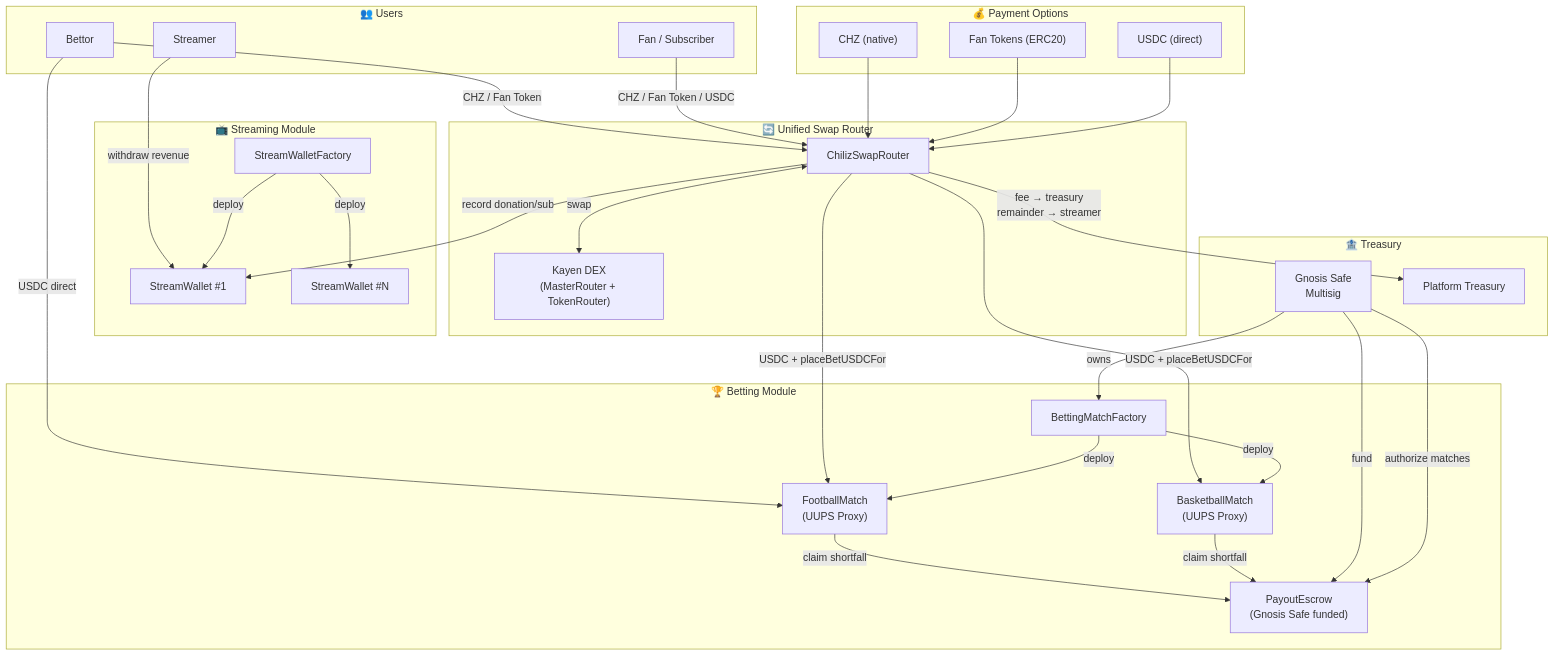
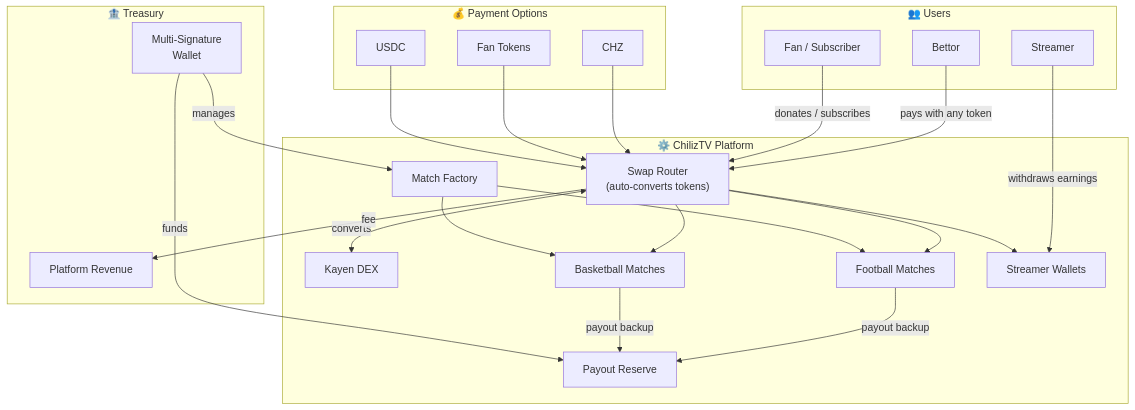
The third of 3 diagrams in FUNCTIONAL_DOCUMENTATION.md (ChilizTV/smart-contracts), drawn with Mermaid before and after one commit. The commit also changed other lines of this file and 2 other files, not shown here.

````diff
--- a/FUNCTIONAL_DOCUMENTATION.md
+++ b/FUNCTIONAL_DOCUMENTATION.md
@@ -401,65 +223,52 @@
 ```mermaid
 flowchart TB
     subgraph Users["👥 Users"]
         Bettor["Bettor"]
         Fan["Fan / Subscriber"]
         Streamer["Streamer"]
     end
 
     subgraph Tokens["💰 Payment Options"]
-        CHZ["CHZ (native)"]
-        FanToken["Fan Tokens (ERC20)"]
-        USDC_pay["USDC (direct)"]
+        CHZ["CHZ"]
+        FanToken["Fan Tokens"]
+        USDC_pay["USDC"]
     end
 
-    subgraph SwapLayer["🔄 Unified Swap Router"]
-        CSR["ChilizSwapRouter"]
-        Kayen["Kayen DEX\n(MasterRouter + TokenRouter)"]
-    end
-
-    subgraph BettingSystem["🏆 Betting Module"]
-        Factory["BettingMatchFactory"]
-        FM["FootballMatch\n(UUPS Proxy)"]
-        BM["BasketballMatch\n(UUPS Proxy)"]
-        Escrow["PayoutEscrow\n(Gnosis Safe funded)"]
-    end
-
-    subgraph StreamingSystem["📺 Streaming Module"]
-        SWFactory["StreamWalletFactory"]
-        SW1["StreamWallet #1"]
-        SW2["StreamWallet #N"]
+    subgraph Platform["⚙️ ChilizTV Platform"]
+        CSR["Swap Router\n(auto-converts tokens)"]
+        Kayen["Kayen DEX"]
+        Factory["Match Factory"]
+        FM["Football Matches"]
+        BM["Basketball Matches"]
+        Escrow["Payout Reserve"]
+        SWFactory["Streamer Wallets"]
     end
 
     subgraph Treasury["🏦 Treasury"]
-        Safe["Gnosis Safe\nMultisig"]
-        TreasuryAddr["Platform Treasury"]
+        Safe["Multi-Signature\nWallet"]
+        TreasuryAddr["Platform Revenue"]
     end
 
-    Bettor -->|"CHZ / Fan Token"| CSR
-    Bettor -->|"USDC direct"| FM
-    Fan -->|"CHZ / Fan Token / USDC"| CSR
-    Streamer -->|"withdraw revenue"| SW1
+    Bettor -->|"pays with any token"| CSR
+    Fan -->|"donates / subscribes"| CSR
+    Streamer -->|"withdraws earnings"| SWFactory
 
     CHZ --> CSR
     FanToken --> CSR
     USDC_pay --> CSR
 
-    CSR <-->|"swap"| Kayen
-    CSR -->|"USDC + placeBetUSDCFor"| FM
-    CSR -->|"USDC + placeBetUSDCFor"| BM
-    CSR -->|"fee → treasury\nremainder → streamer"| TreasuryAddr
-    CSR -->|"record donation/sub"| SW1
+    CSR <-->|"converts"| Kayen
+    CSR --> FM
+    CSR --> BM
+    CSR -->|"fee"| TreasuryAddr
+    CSR --> SWFactory
 
-    Factory -->|"deploy"| FM
-    Factory -->|"deploy"| BM
+    Factory --> FM
+    Factory --> BM
 
-    FM -->|"claim shortfall"| Escrow
-    BM -->|"claim shortfall"| Escrow
+    FM -->|"payout backup"| Escrow
+    BM -->|"payout backup"| Escrow
 
-    SWFactory -->|"deploy"| SW1
-    SWFactory -->|"deploy"| SW2
-
-    Safe -->|"fund"| Escrow
-    Safe -->|"authorize matches"| Escrow
-    Safe -->|"owns"| Factory
+    Safe -->|"funds"| Escrow
+    Safe -->|"manages"| Factory
 ```
````
